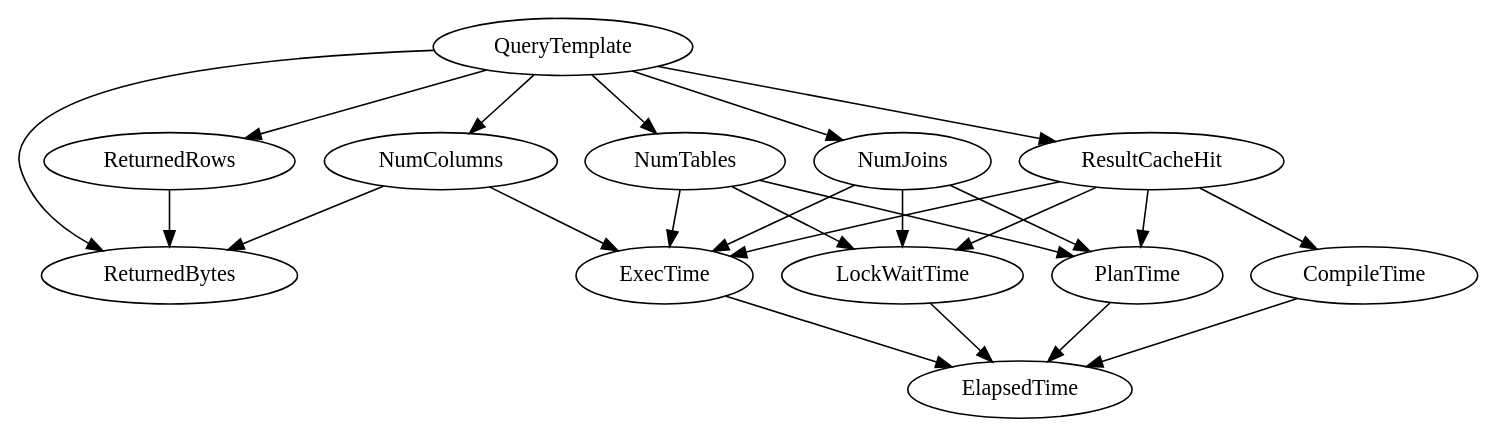
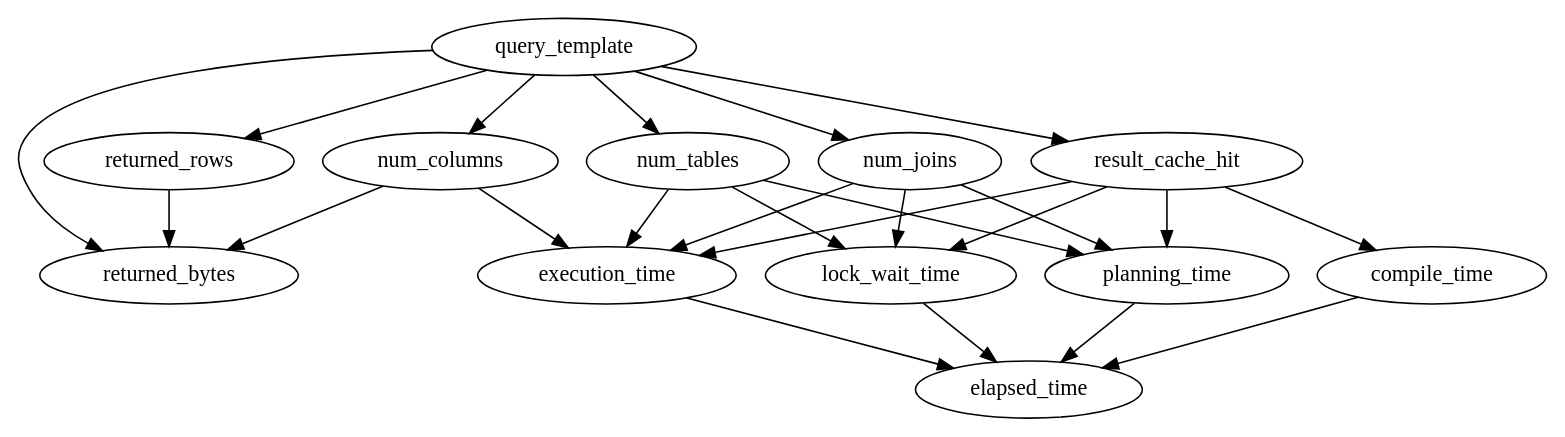
Before and after one commit to weaver20/Causalens: the diagram in data/amazon_redshift.dot, drawn with Graphviz. The commit also changed 10 other files, not shown here.

```diff
--- a/data/amazon_redshift.dot
+++ b/data/amazon_redshift.dot
@@ -1,38 +1,38 @@
-digraph QueryPerformance {
-    QueryTemplate;
-    ReturnedRows;
-    ReturnedBytes;
-    ResultCacheHit;
-    ExecTime;
-    NumJoins;
-    NumTables;
-    NumColumns;
-    CompileTime;
-    PlanTime;
-    LockWaitTime;
-    ElapsedTime;
+digraph query_performance {
+    query_template;
+    returned_rows;
+    returned_bytes;
+    result_cache_hit;
+    execution_time;
+    num_joins;
+    num_tables;
+    num_columns;
+    compile_time;
+    planning_time;
+    lock_wait_time;
+    elapsed_time;
 
-    QueryTemplate -> ReturnedRows;
-    QueryTemplate -> NumJoins;
-    QueryTemplate -> NumTables;
-    QueryTemplate -> NumColumns;
-    QueryTemplate -> ResultCacheHit;
-    QueryTemplate -> ReturnedBytes;
-    ReturnedRows -> ReturnedBytes;
-    NumJoins -> PlanTime;
-    NumJoins -> LockWaitTime;
-    NumJoins -> ExecTime;
-    NumTables -> PlanTime;
-    NumTables -> LockWaitTime;
-    NumTables -> ExecTime;
-    NumColumns -> ReturnedBytes;
-    NumColumns -> ExecTime;
-    ResultCacheHit-> ExecTime;
-    ResultCacheHit-> LockWaitTime;
-    ResultCacheHit-> PlanTime;
-    ResultCacheHit-> CompileTime;
-    CompileTime -> ElapsedTime;
-    PlanTime -> ElapsedTime;
-    LockWaitTime -> ElapsedTime;
-    ExecTime -> ElapsedTime;
+    query_template -> returned_rows;
+    query_template -> num_joins;
+    query_template -> num_tables;
+    query_template -> num_columns;
+    query_template -> result_cache_hit;
+    query_template -> returned_bytes;
+    returned_rows -> returned_bytes;
+    num_joins -> planning_time;
+    num_joins -> lock_wait_time;
+    num_joins -> execution_time;
+    num_tables -> planning_time;
+    num_tables -> lock_wait_time;
+    num_tables -> execution_time;
+    num_columns -> returned_bytes;
+    num_columns -> execution_time;
+    result_cache_hit -> execution_time;
+    result_cache_hit -> lock_wait_time;
+    result_cache_hit -> planning_time;
+    result_cache_hit -> compile_time;
+    compile_time -> elapsed_time;
+    planning_time -> elapsed_time;
+    lock_wait_time -> elapsed_time;
+    execution_time -> elapsed_time;
 }
```
